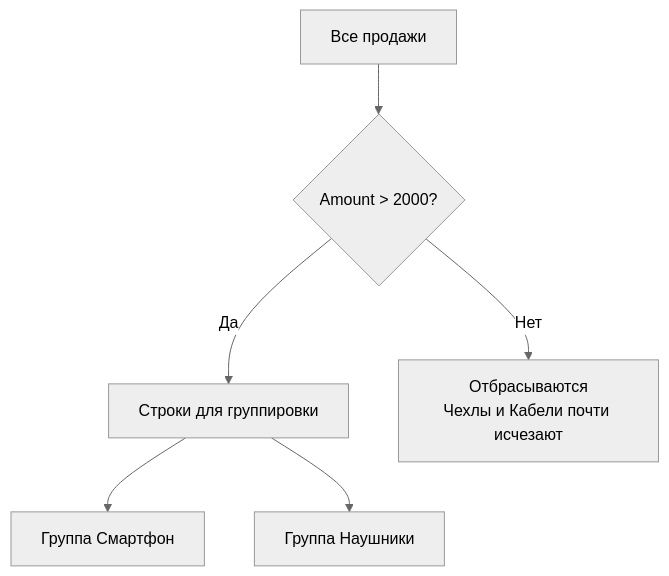
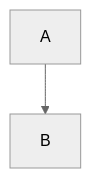
One commit to bytonite/bytonite-LMS changed the diagram in Новая заметка2.md. Above: the diagram before and after it, drawn with Mermaid (neutral theme). The commit also changed other lines of this file and 2 other files, not shown here.

Commit message:
feat(diagram): switch to embedded local editor instead of draw.io iframe to fix white screen loading issues

````diff
--- a/Новая заметка2.md
+++ b/Новая заметка2.md
@@ -9,11 +8,5 @@
 ```mermaid
-flowchart TD
-    A[Все продажи] --> B{Amount > 2000?}
-    
-    B -->|Да| C[Строки для группировки]
-    B -->|Нет| D[Отбрасываются<br/>Чехлы и Кабели почти исчезают]
-    
-    C --> E[Группа Смартфон]
-    C --> F[Группа Наушники]
-%% zoom: {"scale":1.5625,"x":0,"y":0}
+graph TD;
+  A-->B;
+%% zoom: {"scale":1.953125,"x":0,"y":0}
 ```
````
